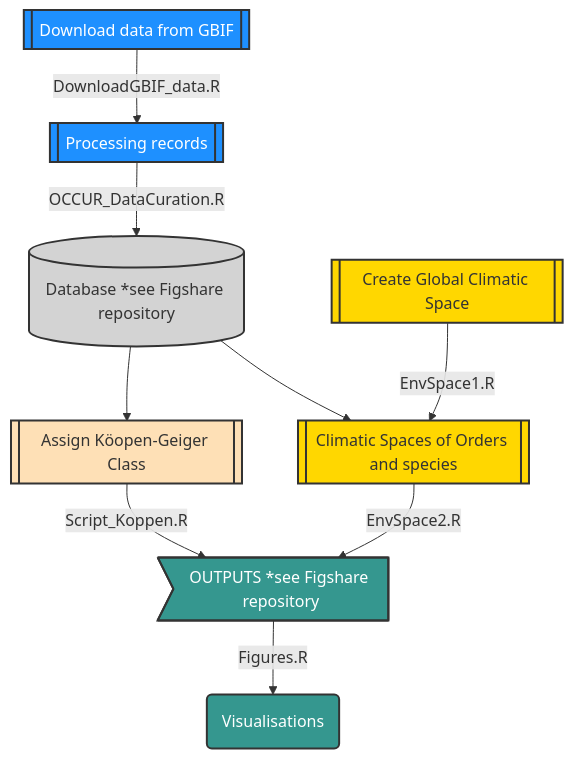
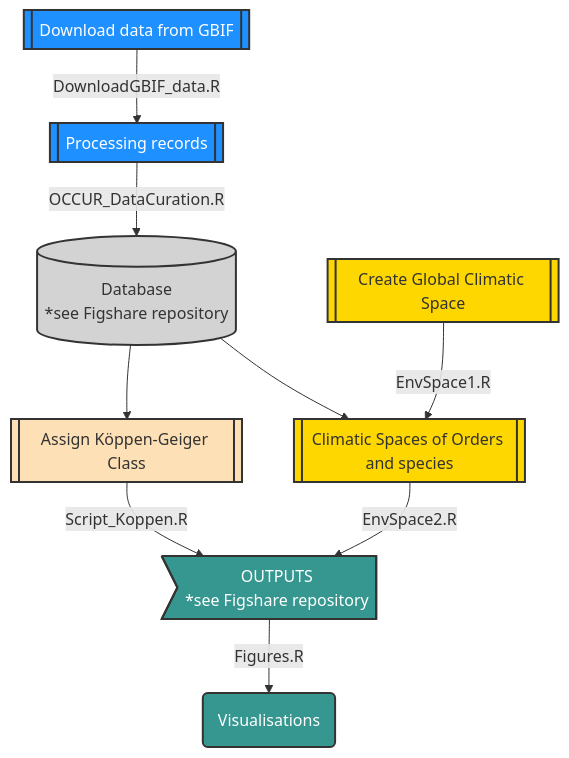
The diagram in README.md (cRonFer/ClimaticSpace), drawn with Mermaid before and after one commit.

````diff
--- a/README.md
+++ b/README.md
@@ -7,20 +7,20 @@
 ```mermaid
 flowchart TD
     A[[Download data from GBIF]] --> |DownloadGBIF_data.R|BB[[Processing records]]
-    BB --> |OCCUR_DataCuration.R|C[(Database *see Figshare repository)]
+    BB --> |OCCUR_DataCuration.R|C[(Database <br> *see Figshare repository)]
     AA[[Create Global Climatic Space]] --> |EnvSpace1.R|CC{Climatic Spaces of Orders}
     C --> CC[[Climatic Spaces of Orders and species]]
-    C --> D[[Assign Köopen-Geiger Class]]
+    C --> D[[Assign Köppen-Geiger Class]]
     D --> |Script_Koppen.R| E(Visualisations)
-    CC --> |EnvSpace2.R|E>OUTPUTS *see Figshare repository]
+    CC --> |EnvSpace2.R|E>OUTPUTS <br> *see Figshare repository]
     E --> |Figures.R|F(Visualisations)
 
   style A fill:dodgerblue, stroke:#333,stroke-width:2px,color:#fff;
   style AA fill:gold, stroke:#333,stroke-width:2px,color:#333;
   style BB fill:dodgerblue, stroke:#333,stroke-width:2px,color:#fff;
   style CC fill:gold, stroke:#333,stroke-width:2px,color:#333;
   style C fill:lightgrey, stroke:#333,stroke-width:2px,color:#333;
   style D fill:#fee0b6, stroke:#333,stroke-width:2px,color:#333;
   style E fill:#35978f, stroke:#333,stroke-width:2px,color:#fff;
   style F fill:#35978f, stroke:#333,stroke-width:2px,color:#fff;
 ```
````
